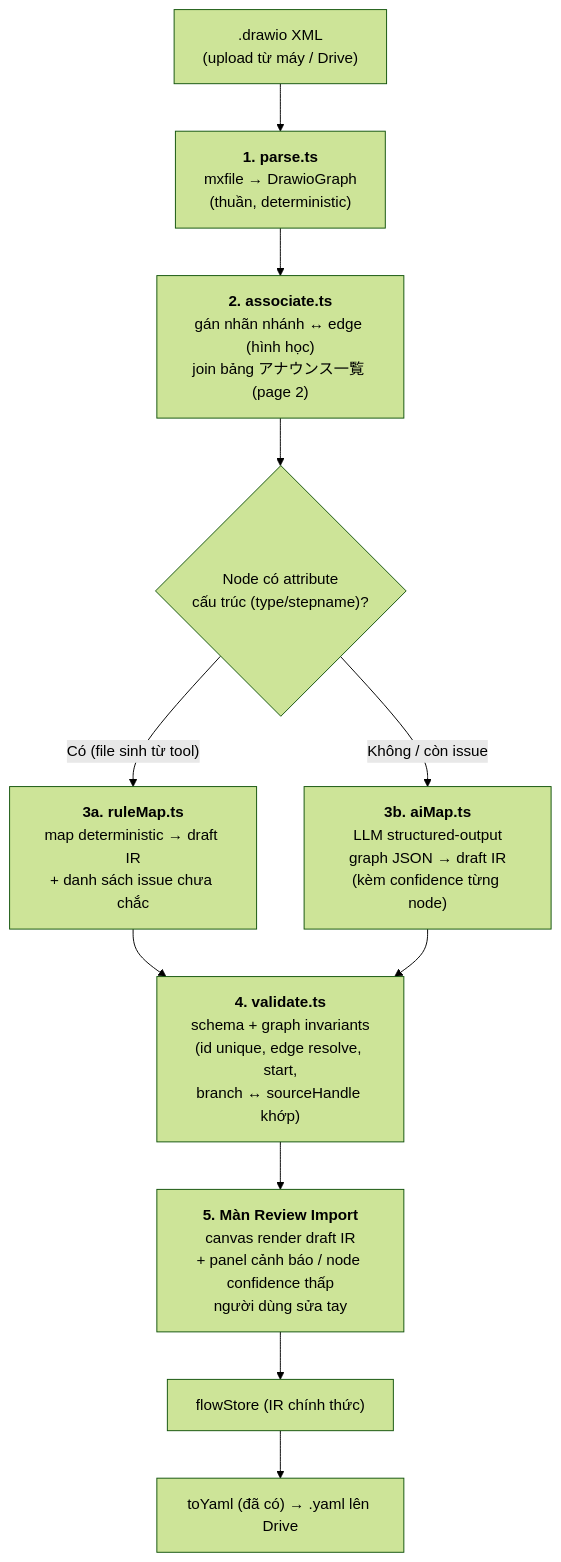
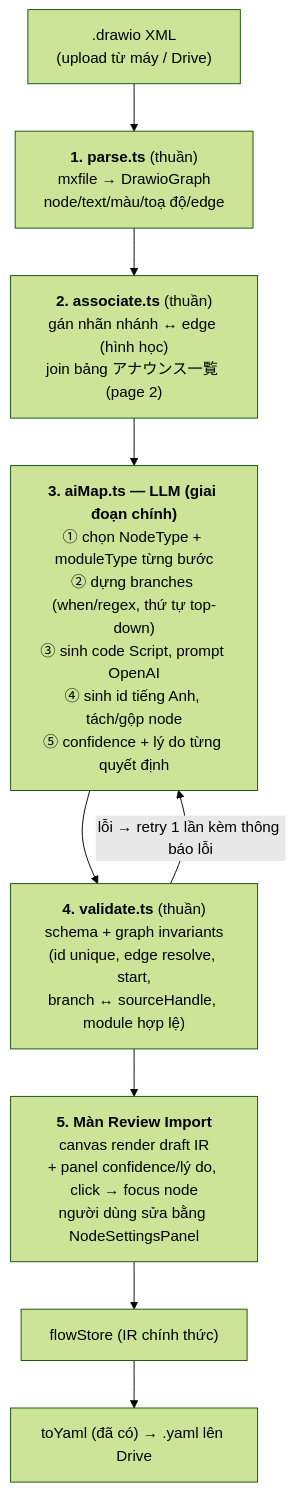
One commit to drjoy-toshi-tuan/scenario-flow-builder changed the diagram in docs/design-drawio-import.md. Above: the diagram before and after it, drawn with Mermaid (forest theme). The commit also changed other lines of this file, not shown here.

First line of the commit message:
docs: rev 2 thiết kế import Draw.io — LLM là giai đoạn chính (chọn node/module, sinh script, prompt OpenAI)

````diff
--- a/docs/design-drawio-import.md
+++ b/docs/design-drawio-import.md
@@ -42,13 +69,11 @@
 ```mermaid
 flowchart TD
-    A[".drawio XML<br/>(upload từ máy / Drive)"] --> B["<b>1. parse.ts</b><br/>mxfile → DrawioGraph<br/>(thuần, deterministic)"]
-    B --> C["<b>2. associate.ts</b><br/>gán nhãn nhánh ↔ edge (hình học)<br/>join bảng アナウンス一覧 (page 2)"]
-    C --> D{"Node có attribute<br/>cấu trúc (type/stepname)?"}
-    D -- "Có (file sinh từ tool)" --> E["<b>3a. ruleMap.ts</b><br/>map deterministic → draft IR<br/>+ danh sách issue chưa chắc"]
-    D -- "Không / còn issue" --> F["<b>3b. aiMap.ts</b><br/>LLM structured-output<br/>graph JSON → draft IR<br/>(kèm confidence từng node)"]
-    E --> G["<b>4. validate.ts</b><br/>schema + graph invariants<br/>(id unique, edge resolve, start,<br/>branch ↔ sourceHandle khớp)"]
-    F --> G
-    G --> H["<b>5. Màn Review Import</b><br/>canvas render draft IR<br/>+ panel cảnh báo / node confidence thấp<br/>người dùng sửa tay"]
-    H --> I["flowStore (IR chính thức)"]
-    I --> J["toYaml (đã có) → .yaml lên Drive"]
+    A[".drawio XML<br/>(upload từ máy / Drive)"] --> B["<b>1. parse.ts</b> (thuần)<br/>mxfile → DrawioGraph<br/>node/text/màu/toạ độ/edge"]
+    B --> C["<b>2. associate.ts</b> (thuần)<br/>gán nhãn nhánh ↔ edge (hình học)<br/>join bảng アナウンス一覧 (page 2)"]
+    C --> D["<b>3. aiMap.ts — LLM (giai đoạn chính)</b><br/>① chọn NodeType + moduleType từng bước<br/>② dựng branches (when/regex, thứ tự top-down)<br/>③ sinh code Script, prompt OpenAI<br/>④ sinh id tiếng Anh, tách/gộp node<br/>⑤ confidence + lý do từng quyết định"]
+    D --> E["<b>4. validate.ts</b> (thuần)<br/>schema + graph invariants<br/>(id unique, edge resolve, start,<br/>branch ↔ sourceHandle, module hợp lệ)"]
+    E -- "lỗi → retry 1 lần kèm thông báo lỗi" --> D
+    E --> F["<b>5. Màn Review Import</b><br/>canvas render draft IR<br/>+ panel confidence/lý do, click → focus node<br/>người dùng sửa bằng NodeSettingsPanel"]
+    F --> G["flowStore (IR chính thức)"]
+    G --> H["toYaml (đã có) → .yaml lên Drive"]
 ```
````
